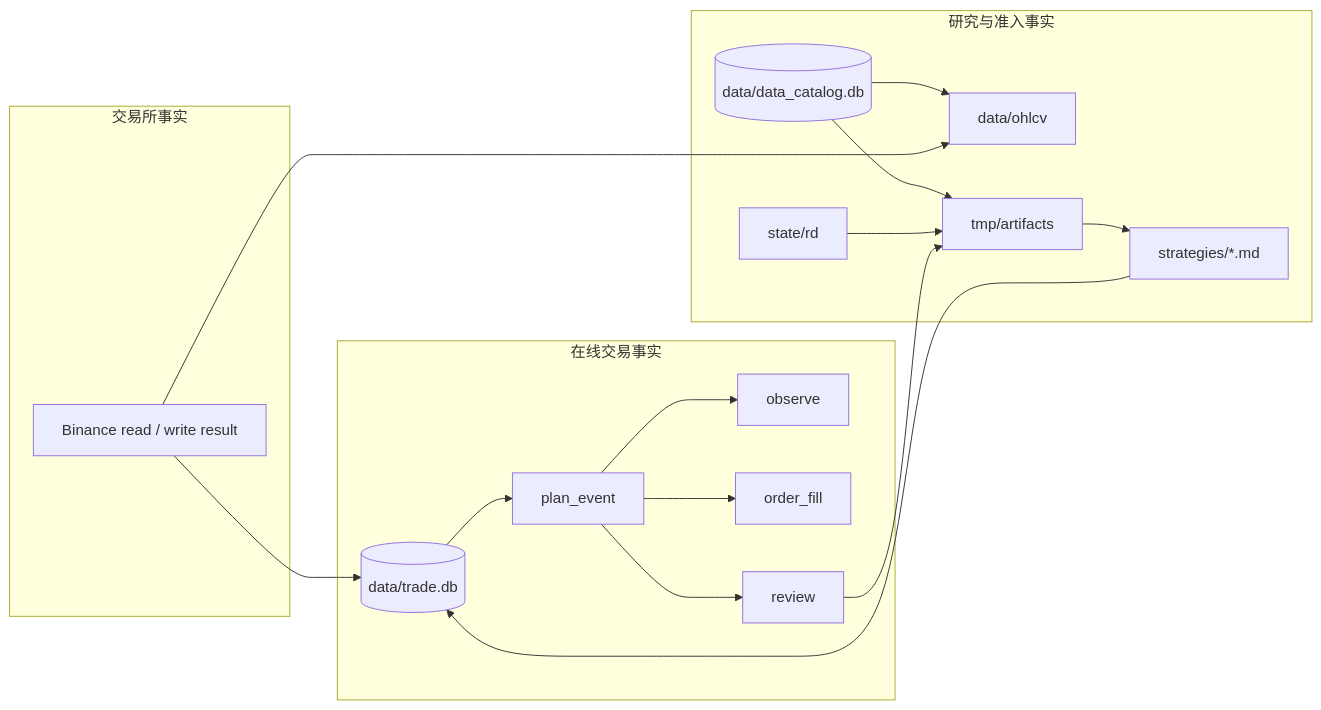
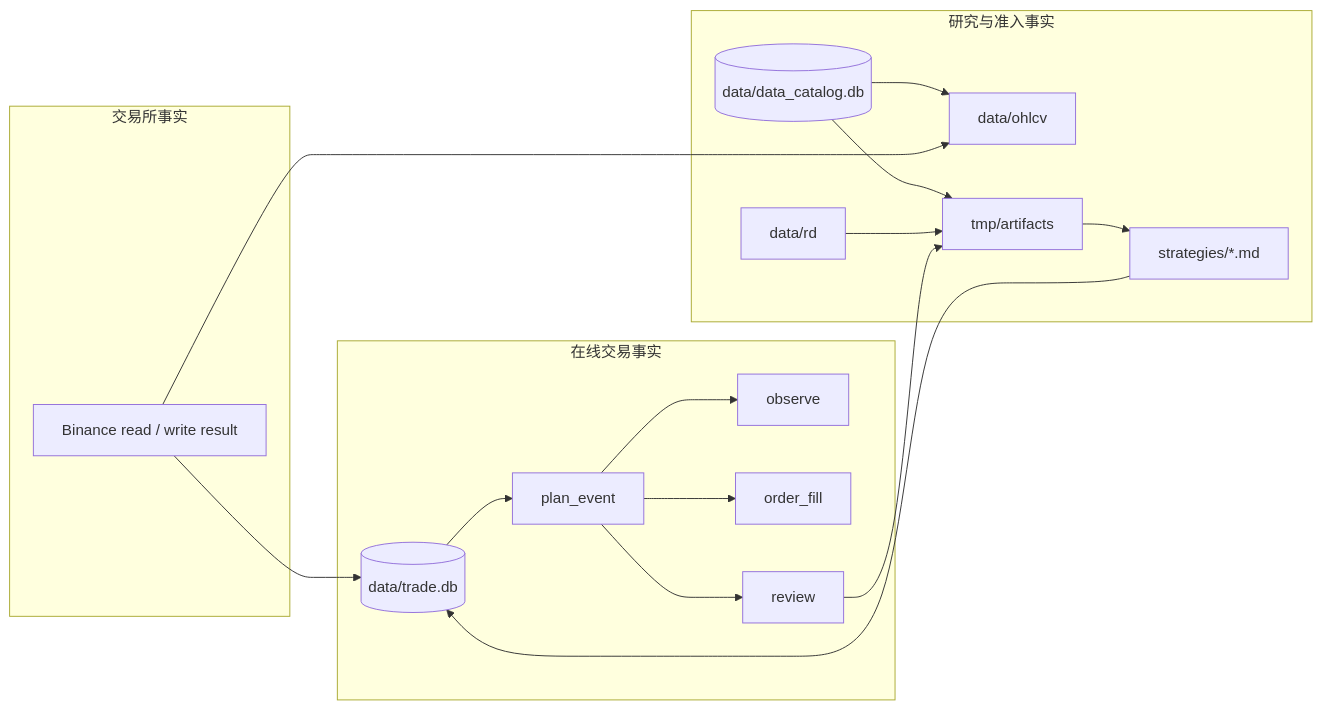
The fourth of 9 diagrams in README.md (qOeOp/trade), drawn with Mermaid before and after one commit. The commit also changed other lines of this file, not shown here.

Commit message:
Draw README architecture flows as parallel pipelines

````diff
--- a/README.md
+++ b/README.md
@@ -176,35 +176,35 @@
 ```mermaid
 flowchart LR
   subgraph Exchange["交易所事实"]
     BIN["Binance read / write result"]
   end
 
   subgraph Trade["在线交易事实"]
     DB[("data/trade.db")]
     PE["plan_event"]
     OBS["observe"]
     FILL["order_fill"]
     REV["review"]
     DB --> PE
     PE --> OBS
     PE --> FILL
     PE --> REV
   end
 
   subgraph Research["研究与准入事实"]
     CAT[("data/data_catalog.db")]
     OHLCV["data/ohlcv"]
     ART["tmp/artifacts"]
-    STATE["state/rd"]
+    STATE["data/rd"]
     STRAT["strategies/*.md"]
     CAT --> OHLCV
     CAT --> ART
     STATE --> ART
     ART --> STRAT
   end
 
   BIN --> DB
   BIN --> OHLCV
   REV --> ART
   STRAT --> DB
 ```
````
